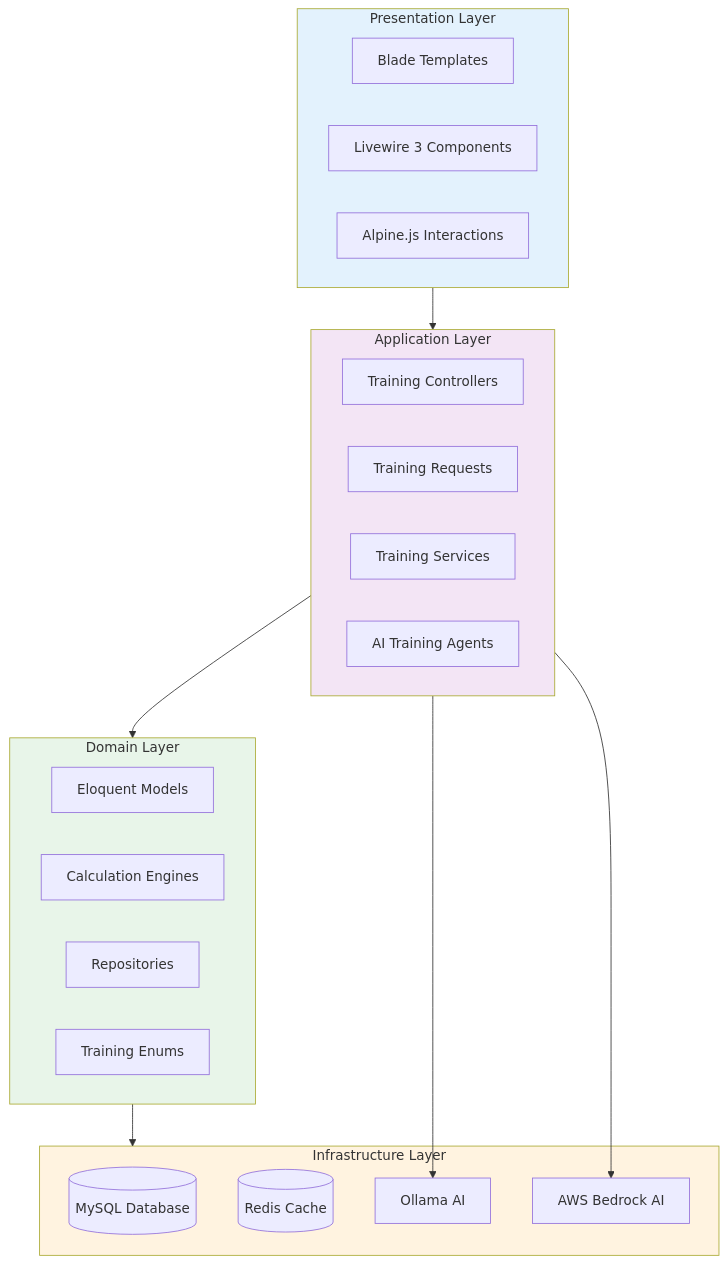
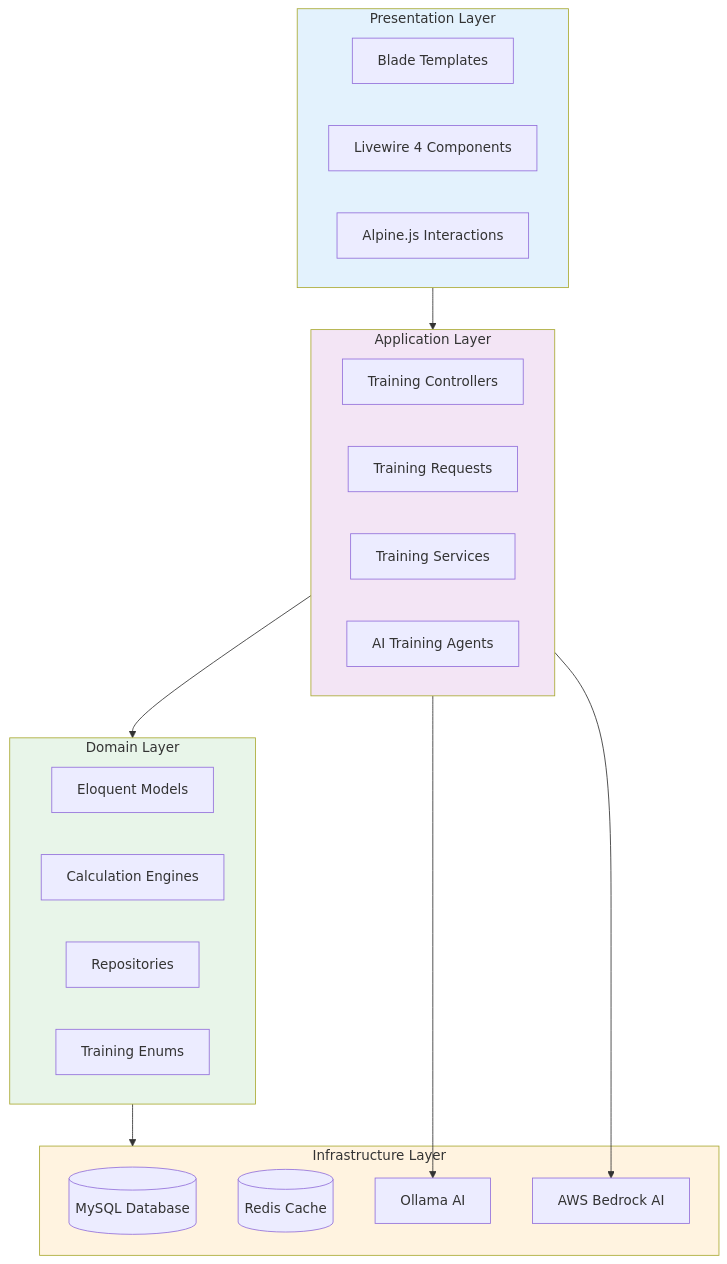
Before and after one commit to exatfrds67/umamusume-career-planner: the first of 7 diagrams in docs/01-tech-flow/TECH-FLOW-002_Training_Optimization_Flow.md, drawn with Mermaid. The commit also changed other lines of this file and 111 other files, not shown here.

````diff
--- a/docs/01-tech-flow/TECH-FLOW-002_Training_Optimization_Flow.md
+++ b/docs/01-tech-flow/TECH-FLOW-002_Training_Optimization_Flow.md
@@ -45,40 +45,40 @@
 ```mermaid
 flowchart TB
     subgraph Presentation["Presentation Layer"]
         Blade["Blade Templates"]
-        Livewire["Livewire 3 Components"]
+        Livewire["Livewire 4 Components"]
         Alpine["Alpine.js Interactions"]
     end
     
     subgraph Application["Application Layer"]
         Controllers["Training Controllers"]
         FormRequests["Training Requests"]
         Services["Training Services"]
         AIAgents["AI Training Agents"]
     end
     
     subgraph Domain["Domain Layer"]
         Models["Eloquent Models"]
         Calculators["Calculation Engines"]
         Repositories["Repositories"]
         Enums["Training Enums"]
     end
     
     subgraph Infrastructure["Infrastructure Layer"]
         MySQL[("MySQL Database")]
         Redis[("Redis Cache")]
         OllamaAI["Ollama AI"]
         BedrockAI["AWS Bedrock AI"]
     end
     
     Presentation --> Application
     Application --> Domain
     Domain --> Infrastructure
     Application --> OllamaAI
     Application --> BedrockAI
     
     style Presentation fill:#e3f2fd
     style Application fill:#f3e5f5
     style Domain fill:#e8f5e9
     style Infrastructure fill:#fff3e0
 ```
````
